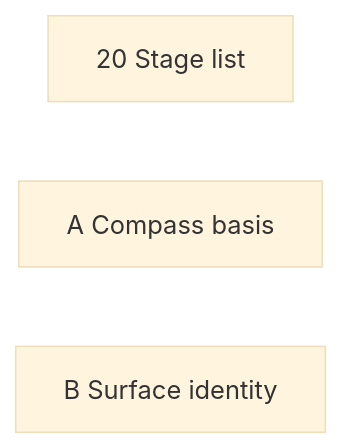
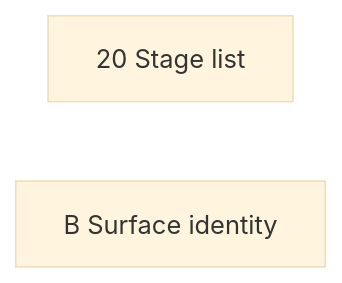
Before and after one commit to jonjaques/inertialref: the diagram in design/plans/arch-review.md, drawn with Mermaid (base theme). The commit also changed other lines of this file and 11 other files, not shown here.

First line of the commit message:
fix: the surface frame faces east, and every surface basis reads one compass (#140)

````diff
--- a/design/plans/arch-review.md
+++ b/design/plans/arch-review.md
@@ -71,6 +71,5 @@
 ```mermaid
 flowchart LR
   P20[20 Stage list]
-  A[A Compass basis]
   B[B Surface identity]
 ```
````
